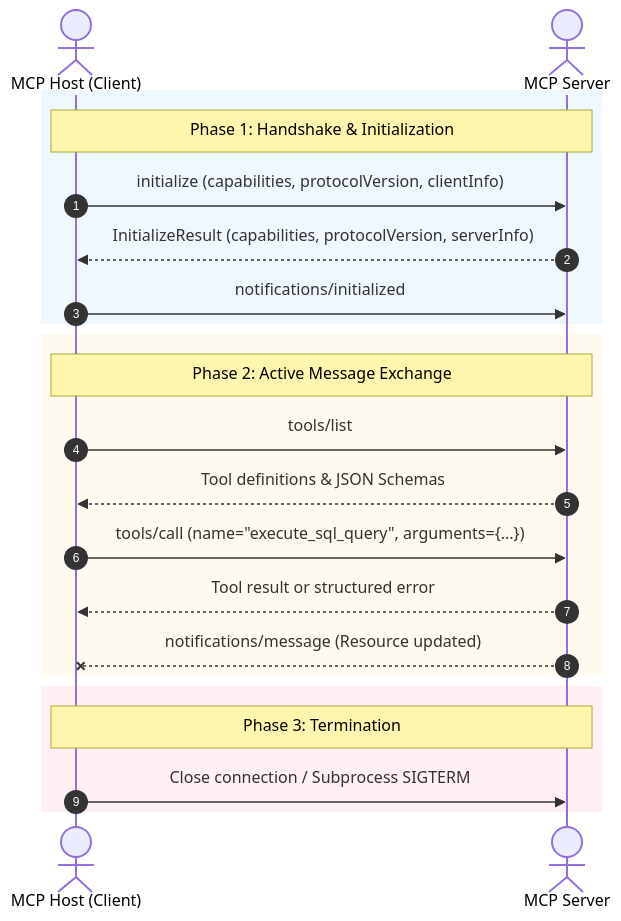
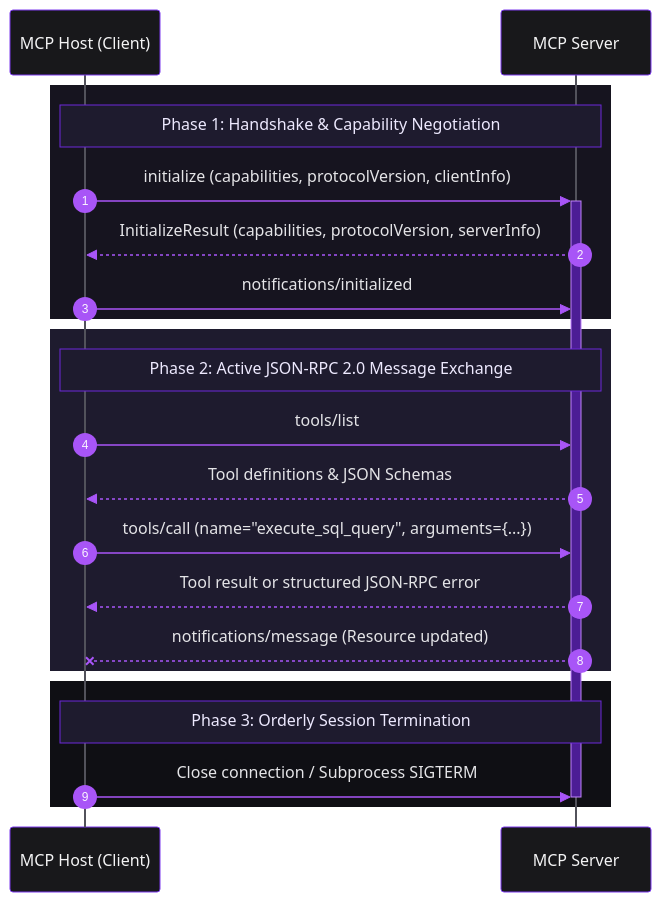
Before and after one commit to x-ruiz/obsidian-notes: the third of 3 diagrams in staging/AI Engineering/Model Context Protocol.md, drawn with Mermaid. The commit also changed other lines of this file and 31 other files, not shown here.

Commit message:
docs(mermaid): redesign diagrams with Obsidian Violet dark-mode theme

````diff
--- a/staging/AI Engineering/Model Context Protocol.md
+++ b/staging/AI Engineering/Model Context Protocol.md
@@ -78,27 +130,29 @@
 ```mermaid
+%%{init: {"theme": "base", "themeCSS": "svg { background-color: #09090B !important; border-radius: 8px; }", "themeVariables": {"darkMode": true, "background": "#09090B", "mainBkg": "#18181B", "textColor": "#F4F4F5", "primaryColor": "#18181B", "primaryTextColor": "#F4F4F5", "primaryBorderColor": "#7C3AED", "lineColor": "#A855F7", "actorBkg": "#18181B", "actorBorder": "#7C3AED", "actorTextColor": "#F4F4F5", "actorLineColor": "#52525B", "signalColor": "#A855F7", "signalTextColor": "#E4E4E7", "labelBoxBkgColor": "#2E1065", "labelBoxBorderColor": "#A855F7", "labelTextColor": "#F5F3FF", "loopTextColor": "#D8B4FE", "noteBkgColor": "#1E1B2E", "noteBorderColor": "#6D28D9", "noteTextColor": "#EDE9FE", "activationBkgColor": "#4C1D95", "activationBorderColor": "#C084FC", "sequenceNumberColor": "#FAF5FF", "fontFamily": "Inter, ui-sans-serif, system-ui, -apple-system, sans-serif", "fontSize": "13px"}}}%%
 sequenceDiagram
     autonumber
-    actor Host as MCP Host (Client)
-    actor Server as MCP Server
+    participant Host as MCP Host (Client)
+    participant Server as MCP Server
 
-    rect rgb(240, 248, 255)
-        Note over Host,Server: Phase 1: Handshake & Initialization
-        Host->>Server: initialize (capabilities, protocolVersion, clientInfo)
+    rect rgb(22, 20, 31)
+        Note over Host,Server: Phase 1: Handshake & Capability Negotiation
+        Host->>+Server: initialize (capabilities, protocolVersion, clientInfo)
         Server-->>Host: InitializeResult (capabilities, protocolVersion, serverInfo)
         Host->>Server: notifications/initialized
     end
 
-    rect rgb(255, 250, 240)
-        Note over Host,Server: Phase 2: Active Message Exchange
+    rect rgb(30, 27, 46)
+        Note over Host,Server: Phase 2: Active JSON-RPC 2.0 Message Exchange
         Host->>Server: tools/list
         Server-->>Host: Tool definitions & JSON Schemas
         Host->>Server: tools/call (name="execute_sql_query", arguments={...})
-        Server-->>Host: Tool result or structured error
+        Server-->>Host: Tool result or structured JSON-RPC error
         Server--xHost: notifications/message (Resource updated)
     end
 
-    rect rgb(255, 240, 245)
-        Note over Host,Server: Phase 3: Termination
+    rect rgb(15, 15, 20)
+        Note over Host,Server: Phase 3: Orderly Session Termination
         Host->>Server: Close connection / Subprocess SIGTERM
+        deactivate Server
     end
 ```
````
